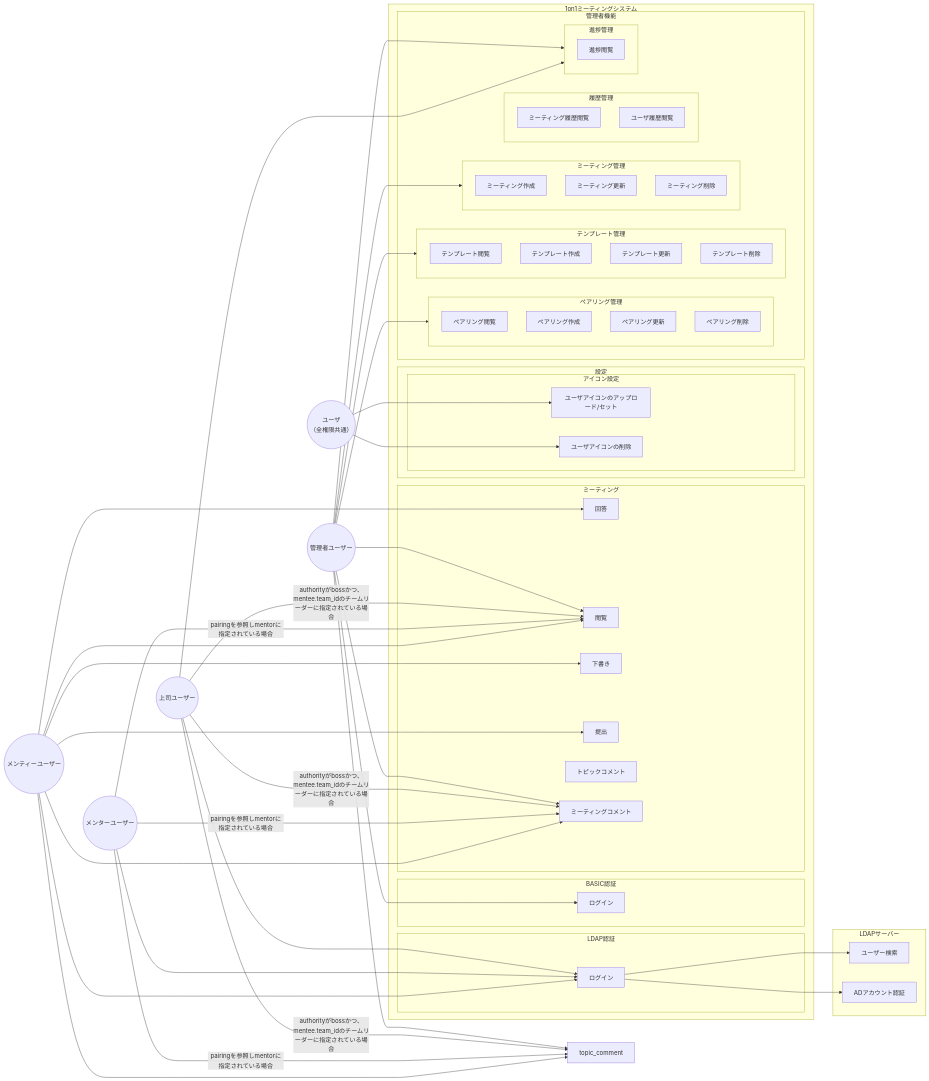
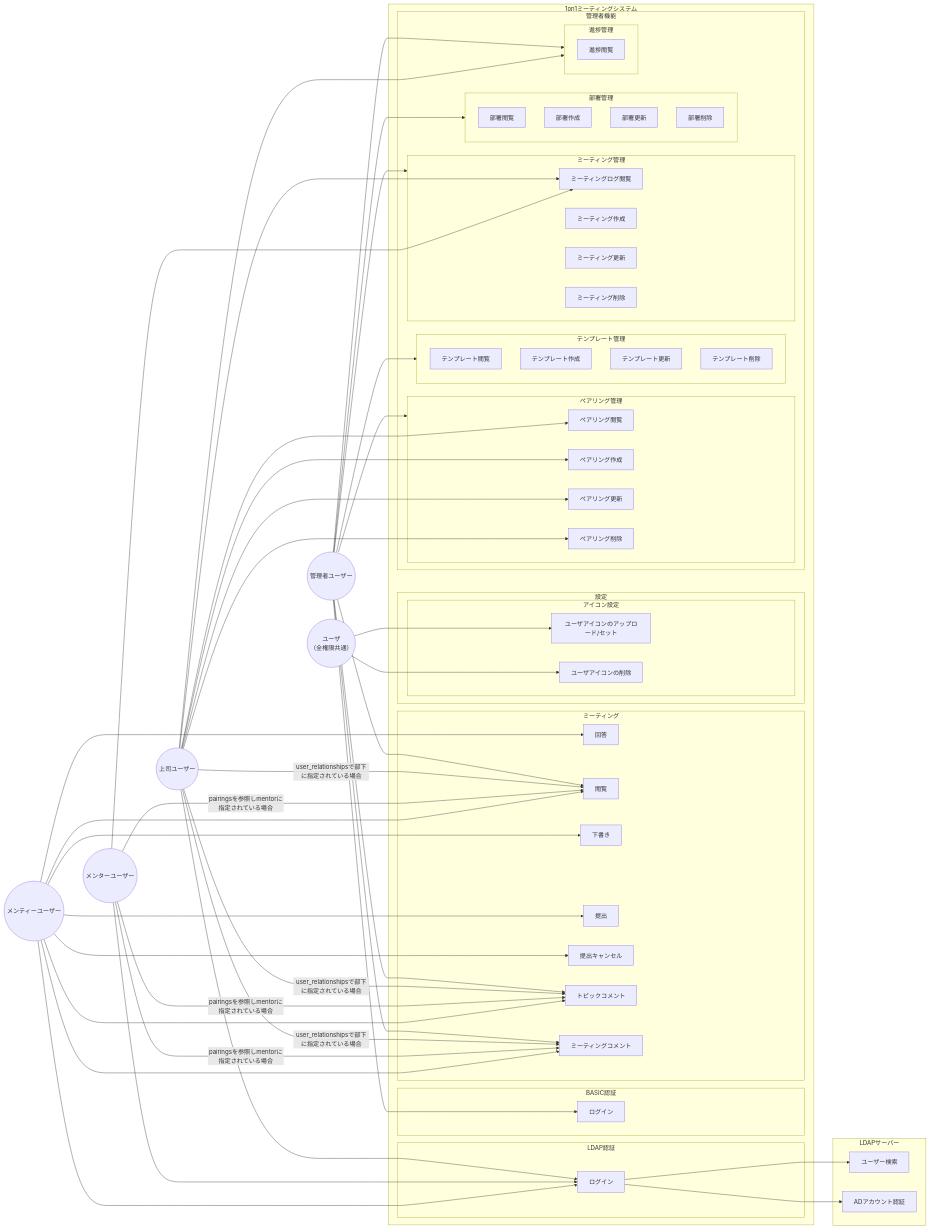
One commit to polarisbuds/growlink-origin changed the diagram in doc/model/usecase.md. Above: the diagram before and after it, drawn with Mermaid. The commit also changed 40 other files, not shown here.

```diff
--- a/doc/model/usecase.md
+++ b/doc/model/usecase.md
@@ -22,6 +22,7 @@
         read[閲覧]
         draft[下書き]
         submit[提出]
+        cancel_submit[提出キャンセル]
         answer_comment[トピックコメント]
         meeting_comment[ミーティングコメント]
     end
@@ -34,8 +35,11 @@
     end
 
     subgraph management["管理者機能"]
+        %% Owner: 全タブ
+        %% Boss: 進捗＋ミーティングログ閲覧＋ペアリング設定（部下のみ、user_relationships参照）
+        %% Mentor: メンティのミーティングログ閲覧
+
         subgraph mng_pairing[ペアリング管理]
-            %% 一覧表示
             read_pairing[ペアリング閲覧]
             create_pairing[ペアリング作成]
             update_pairing[ペアリング更新]
@@ -43,7 +47,6 @@
         end
 
         subgraph mng_template[テンプレート管理]
-            %% 一覧表示や詳細表示
             read_template[テンプレート閲覧]
             create_template[テンプレート作成]
             update_template[テンプレート更新]
@@ -51,15 +54,17 @@
         end
 
         subgraph mng_meeting[ミーティング管理]
+            read_meeting_log[ミーティングログ閲覧]
             create_meeting[ミーティング作成]
             update_meeting[ミーティング更新]
             delete_meeting[ミーティング削除]
         end
 
-        subgraph read_history[履歴管理]
-            meeting_history[ミーティング履歴閲覧]
-            %% ログイン/操作(簡易)
-            user_history[ユーザ履歴閲覧]
+        subgraph mng_department[部署管理]
+            read_department[部署閲覧]
+            create_department[部署作成]
+            update_department[部署更新]
+            delete_department[部署削除]
         end
 
         subgraph mng_progress[進捗管理]
@@ -81,24 +86,32 @@
 mentee --> read
 mentee --> draft
 mentee --> submit
-mentee --> topic_comment
+mentee --> cancel_submit
+mentee --> answer_comment
 mentee --> meeting_comment
 
-mentor -->|pairingを参照しmentorに指定されている場合| read
-mentor -->|pairingを参照しmentorに指定されている場合| topic_comment
-mentor -->|pairingを参照しmentorに指定されている場合| meeting_comment
+mentor -->|pairingsを参照しmentorに指定されている場合| read
+mentor -->|pairingsを参照しmentorに指定されている場合| answer_comment
+mentor -->|pairingsを参照しmentorに指定されている場合| meeting_comment
+mentor --> read_meeting_log
 
-boss -->|authorityがbossかつ、mentee.team_idのチームリーダーに指定されている場合| read
-boss -->|authorityがbossかつ、mentee.team_idのチームリーダーに指定されている場合| topic_comment
-boss -->|authorityがbossかつ、mentee.team_idのチームリーダーに指定されている場合| meeting_comment
+boss -->|user_relationshipsで部下に指定されている場合| read
+boss -->|user_relationshipsで部下に指定されている場合| answer_comment
+boss -->|user_relationshipsで部下に指定されている場合| meeting_comment
+boss --> read_meeting_log
+boss --> read_pairing
+boss --> create_pairing
+boss --> update_pairing
+boss --> delete_pairing
 boss --> mng_progress
 
 owner --> read
-owner --> topic_comment
+owner --> answer_comment
 owner --> meeting_comment
 owner --> mng_pairing
 owner --> mng_meeting
 owner --> mng_template
+owner --> mng_department
 owner --> mng_progress
 
 mentee --> ldap_login
```
